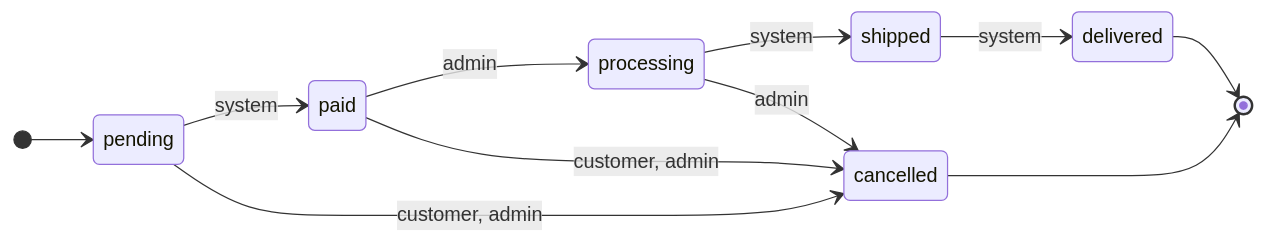
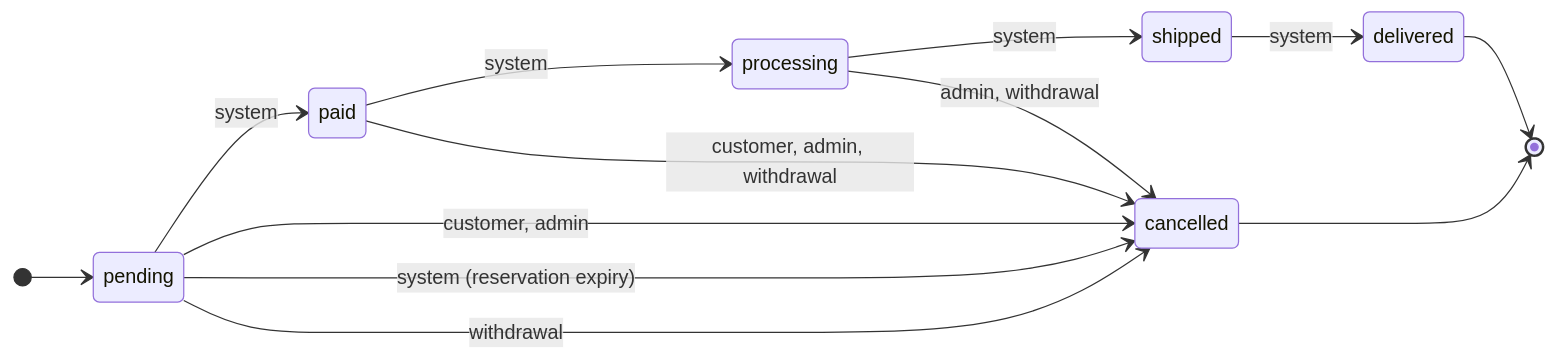
One commit to Guebbit/boilerplate-node-backend changed the second of 11 diagrams in docs/theory/tactical-ddd.md. Above: the diagram before and after it, drawn with Mermaid. The commit also changed other lines of this file and 130 other files, not shown here.

````diff
--- a/docs/theory/tactical-ddd.md
+++ b/docs/theory/tactical-ddd.md
@@ -52,15 +52,17 @@
 ```mermaid
 %%{init: {'stateDiagram': {'nodeSpacing': 40}}}%%
 stateDiagram-v2
     direction LR
     [*] --> pending
     pending --> paid: system
     pending --> cancelled: customer, admin
-    paid --> processing: admin
-    paid --> cancelled: customer, admin
+    pending --> cancelled: system (reservation expiry)
+    pending --> cancelled: withdrawal
+    paid --> processing: system
+    paid --> cancelled: customer, admin, withdrawal
     processing --> shipped: system
-    processing --> cancelled: admin
+    processing --> cancelled: admin, withdrawal
     shipped --> delivered: system
     delivered --> [*]
     cancelled --> [*]
 ```
````
